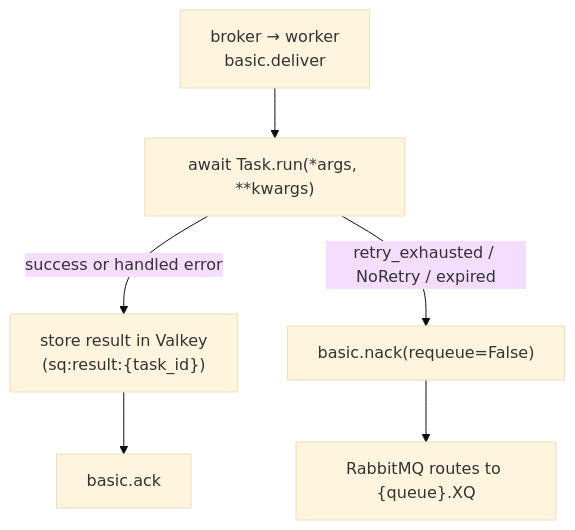
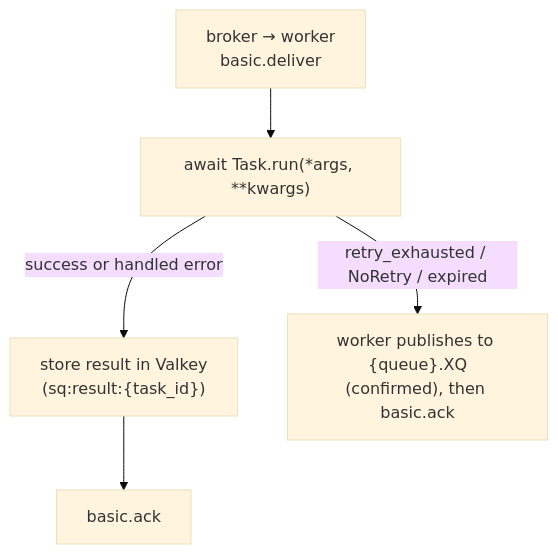
One commit to Schorschofwill/swarmq changed the diagram in website/explanation/delivery-semantics.md. Above: the diagram before and after it, drawn with Mermaid (base theme). The commit also changed other lines of this file and 34 other files, not shown here.

````diff
--- a/website/explanation/delivery-semantics.md
+++ b/website/explanation/delivery-semantics.md
@@ -51,15 +51,13 @@
 ```mermaid
 flowchart TD
     Deliver["broker → worker<br/>basic.deliver"]
     Run["await Task.run(*args, **kwargs)"]
     Store["store result in Valkey<br/>(sq:result:{task_id})"]
     Ack["basic.ack"]
-    Nack["basic.nack(requeue=False)"]
-    DLQ["RabbitMQ routes to {queue}.XQ"]
+    DLQ["worker publishes to {queue}.XQ<br/>(confirmed), then basic.ack"]
 
     Deliver --> Run
     Run -->|success or handled error| Store
     Store --> Ack
-    Run -->|retry_exhausted / NoRetry / expired| Nack
-    Nack --> DLQ
+    Run -->|retry_exhausted / NoRetry / expired| DLQ
 ```
````
